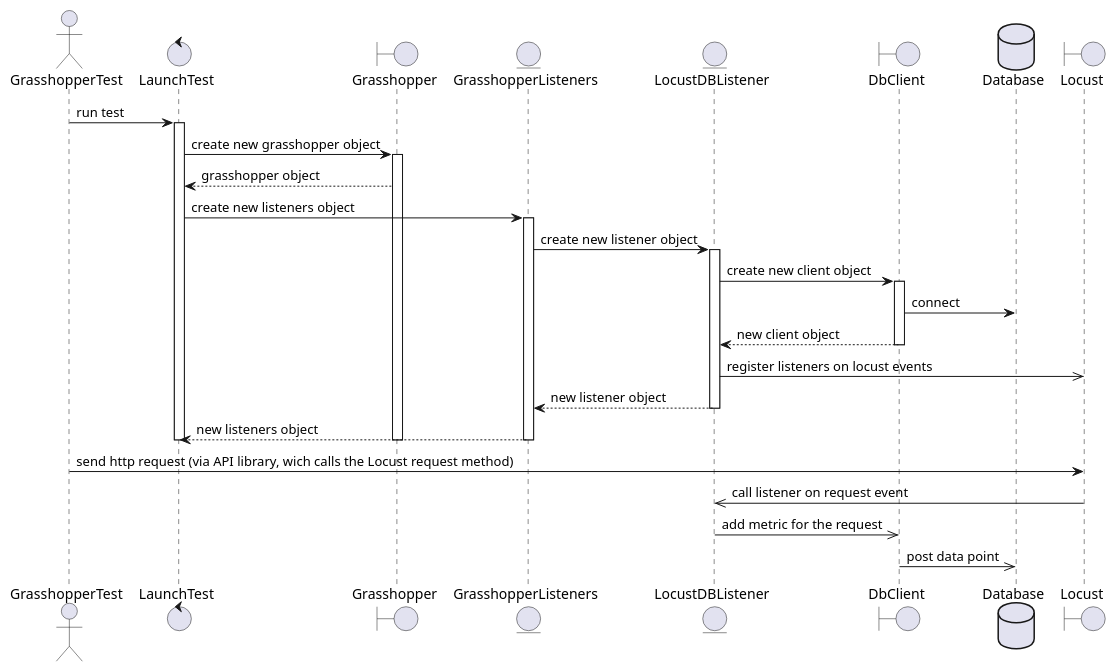
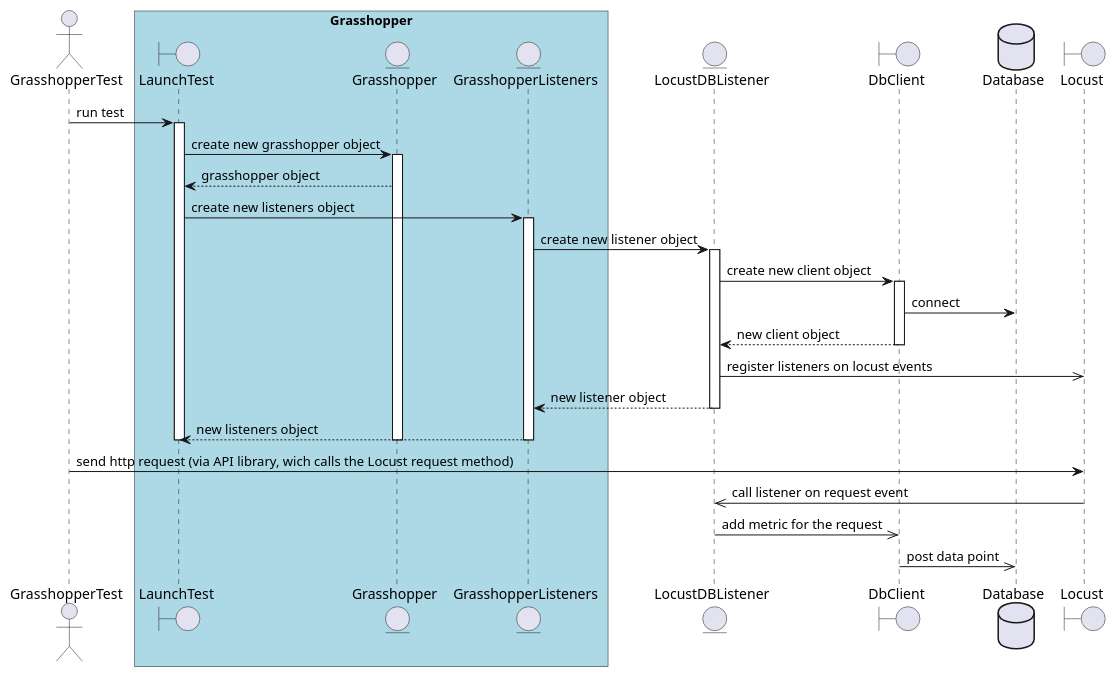
One commit to alteryx/locust-grasshopper changed the diagram in docs/database_listeners_sequence_diagram.puml. Above: the diagram before and after it, drawn with PlantUML. The commit also changed 2 other files, not shown here.

```diff
--- a/docs/database_listeners_sequence_diagram.puml
+++ b/docs/database_listeners_sequence_diagram.puml
@@ -3,44 +3,46 @@
 @startuml
 actor GrasshopperTest
-control LaunchTest
-boundary Grasshopper
+box "Grasshopper" #LightBlue
+boundary LaunchTest
+entity Grasshopper
 entity GrasshopperListeners
+end box
 entity LocustDBListener
 boundary DbClient
 database Database
 boundary Locust
 
 GrasshopperTest -> LaunchTest : run test
 activate LaunchTest
 
 LaunchTest -> Grasshopper : create new grasshopper object
 activate Grasshopper
 Grasshopper --> LaunchTest : grasshopper object
 
 LaunchTest -> GrasshopperListeners : create new listeners object
 activate GrasshopperListeners
 
 GrasshopperListeners -> LocustDBListener : create new listener object
 activate LocustDBListener
 LocustDBListener -> DbClient : create new client object
 activate DbClient
 DbClient -> Database : connect
 DbClient --> LocustDBListener : new client object
 deactivate DbClient
 LocustDBListener ->> Locust : register listeners on locust events
 LocustDBListener --> GrasshopperListeners : new listener object
 deactivate LocustDBListener
 
 GrasshopperListeners --> LaunchTest : new listeners object
 deactivate GrasshopperListeners
 
 
 deactivate Grasshopper
 deactivate LaunchTest
 
 GrasshopperTest -> Locust : send http request (via API library, wich calls the Locust request method)
 Locust ->> LocustDBListener : call listener on request event
 LocustDBListener ->> DbClient : add metric for the request
-DbClient ->> Database : post data point 
+DbClient ->> Database : post data point
 
 @enduml
```
